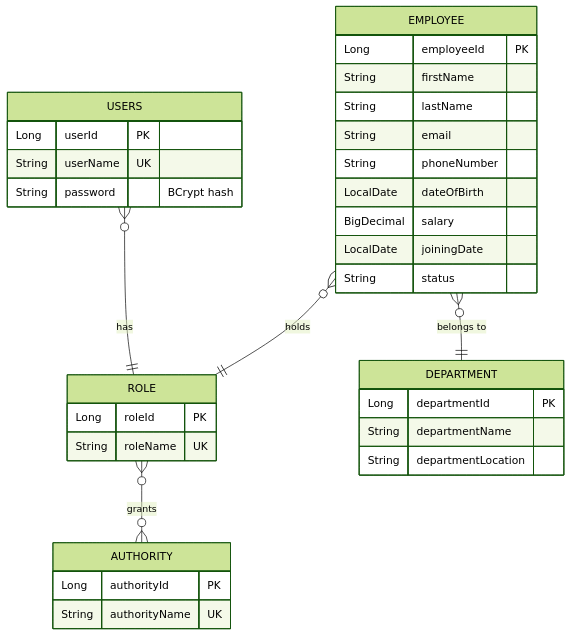
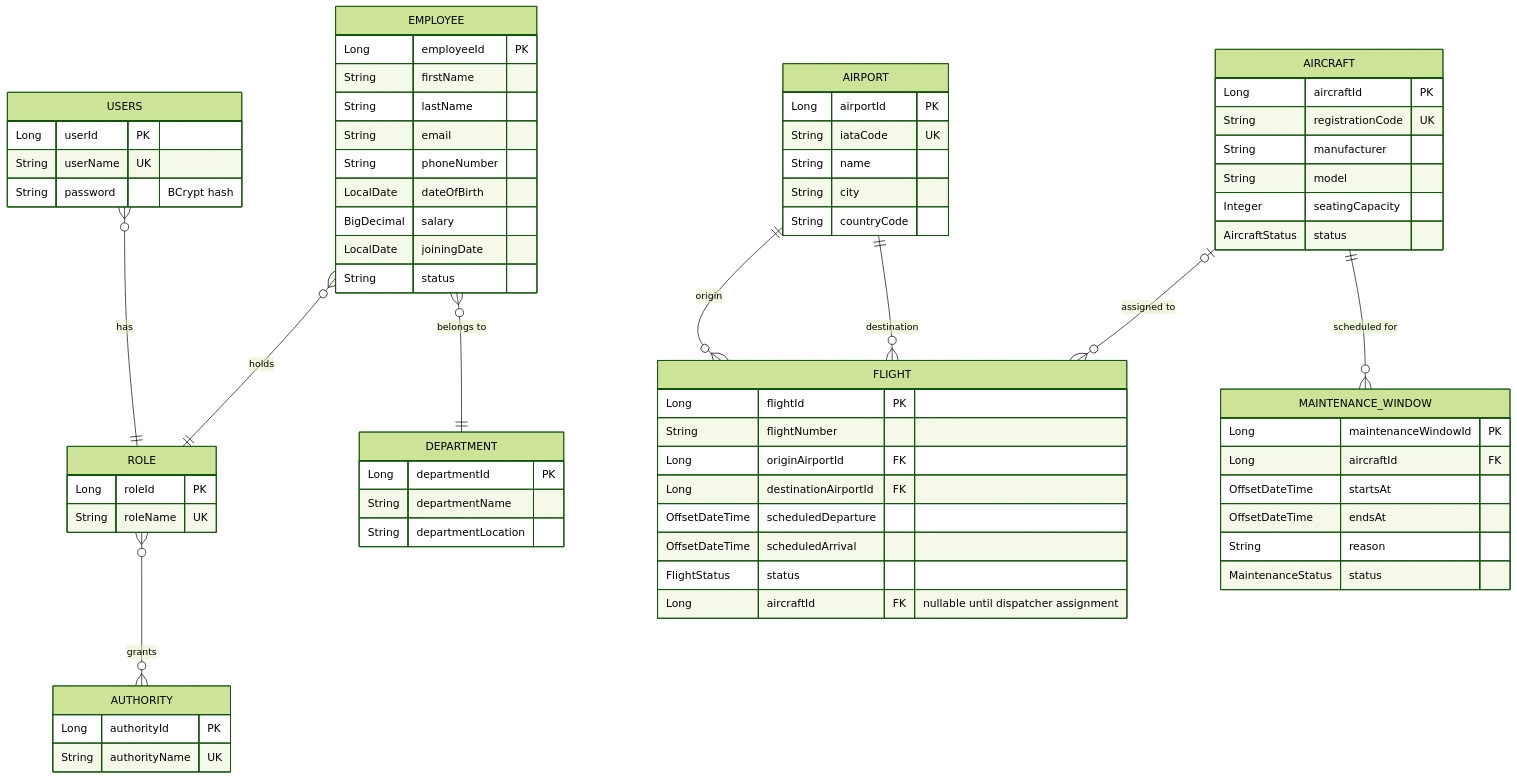
The diagram in README.md (tejas1598/AeroOps), drawn with Mermaid (forest theme) before and after one commit. The commit also changed other lines of this file and 87 other files, not shown here.

````diff
--- a/README.md
+++ b/README.md
@@ -58,37 +61,74 @@
 ```mermaid
 erDiagram
     USERS }o--|| ROLE : "has"
     ROLE }o--o{ AUTHORITY : "grants"
     EMPLOYEE }o--|| ROLE : "holds"
     EMPLOYEE }o--|| DEPARTMENT : "belongs to"
+    AIRPORT ||--o{ FLIGHT : "origin"
+    AIRPORT ||--o{ FLIGHT : "destination"
+    AIRCRAFT o|--o{ FLIGHT : "assigned to"
+    AIRCRAFT ||--o{ MAINTENANCE_WINDOW : "scheduled for"
 
     USERS {
         Long userId PK
         String userName UK
         String password "BCrypt hash"
     }
     ROLE {
         Long roleId PK
         String roleName UK
     }
     AUTHORITY {
         Long authorityId PK
         String authorityName UK
     }
     EMPLOYEE {
         Long employeeId PK
         String firstName
         String lastName
         String email
         String phoneNumber
         LocalDate dateOfBirth
         BigDecimal salary
         LocalDate joiningDate
         String status
     }
+    AIRCRAFT {
+        Long aircraftId PK
+        String registrationCode UK
+        String manufacturer
+        String model
+        Integer seatingCapacity
+        AircraftStatus status
+    }
+    AIRPORT {
+        Long airportId PK
+        String iataCode UK
+        String name
+        String city
+        String countryCode
+    }
+    FLIGHT {
+        Long flightId PK
+        String flightNumber
+        Long originAirportId FK
+        Long destinationAirportId FK
+        OffsetDateTime scheduledDeparture
+        OffsetDateTime scheduledArrival
+        FlightStatus status
+        Long aircraftId FK "nullable until dispatcher assignment"
+    }
+    MAINTENANCE_WINDOW {
+        Long maintenanceWindowId PK
+        Long aircraftId FK
+        OffsetDateTime startsAt
+        OffsetDateTime endsAt
+        String reason
+        MaintenanceStatus status
+    }
     DEPARTMENT {
         Long departmentId PK
         String departmentName
         String departmentLocation
     }
 ```
````
